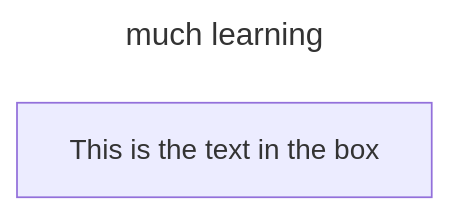
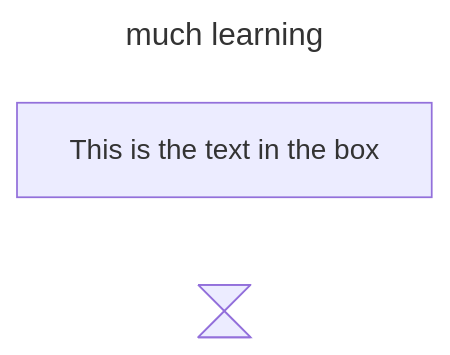
Before and after one commit to SerenaTech/docproj: the second of 2 diagrams in neat.md, drawn with Mermaid.

````diff
--- a/neat.md
+++ b/neat.md
@@ -42,9 +42,11 @@
 ```mermaid
 ---
 title: much learning
 ---
 flowchart LR
 
     id1[This is the text in the box]
 
+ A@{ shape: hourglass, label: "Collate" }
+
 ```
````
